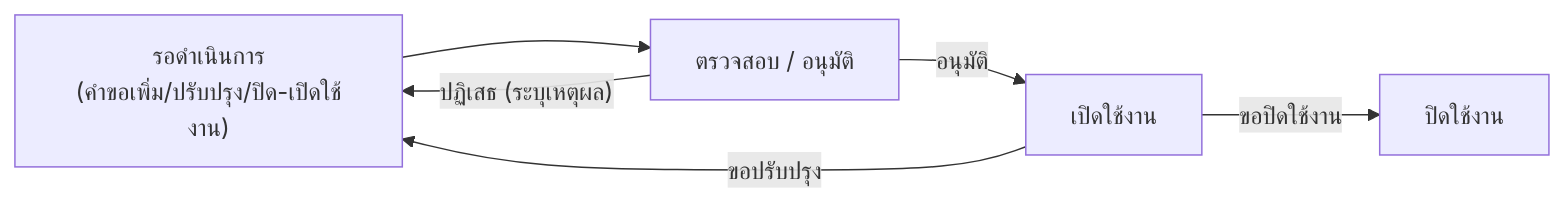
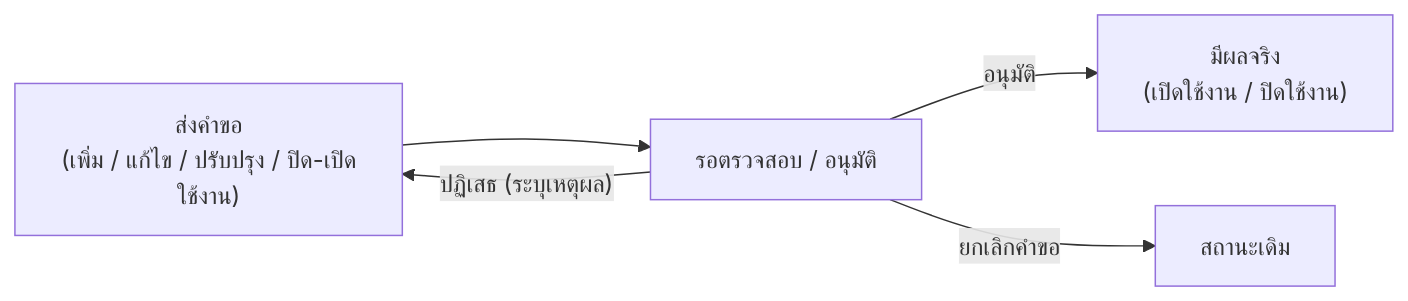
One commit to kamolchanokc/cms-user-manaul changed the diagram in subjects.md. Above: the diagram before and after it, drawn with Mermaid. The commit also changed other lines of this file, not shown here.

````diff
--- a/subjects.md
+++ b/subjects.md
@@ -70,8 +112,7 @@
 ```mermaid
 flowchart LR
-    A["รอดำเนินการ<br/>(คำขอเพิ่ม/ปรับปรุง/ปิด-เปิดใช้งาน)"] --> B["ตรวจสอบ / อนุมัติ"]
-    B -->|"อนุมัติ"| C["เปิดใช้งาน"]
+    A["ส่งคำขอ<br/>(เพิ่ม / แก้ไข / ปรับปรุง / ปิด-เปิดใช้งาน)"] --> B["รอตรวจสอบ / อนุมัติ"]
+    B -->|"อนุมัติ"| C["มีผลจริง<br/>(เปิดใช้งาน / ปิดใช้งาน)"]
     B -->|"ปฏิเสธ (ระบุเหตุผล)"| A
-    C -->|"ขอปรับปรุง"| A
-    C -->|"ขอปิดใช้งาน"| D["ปิดใช้งาน"]
+    B -->|"ยกเลิกคำขอ"| Z["สถานะเดิม"]
 ```
````
